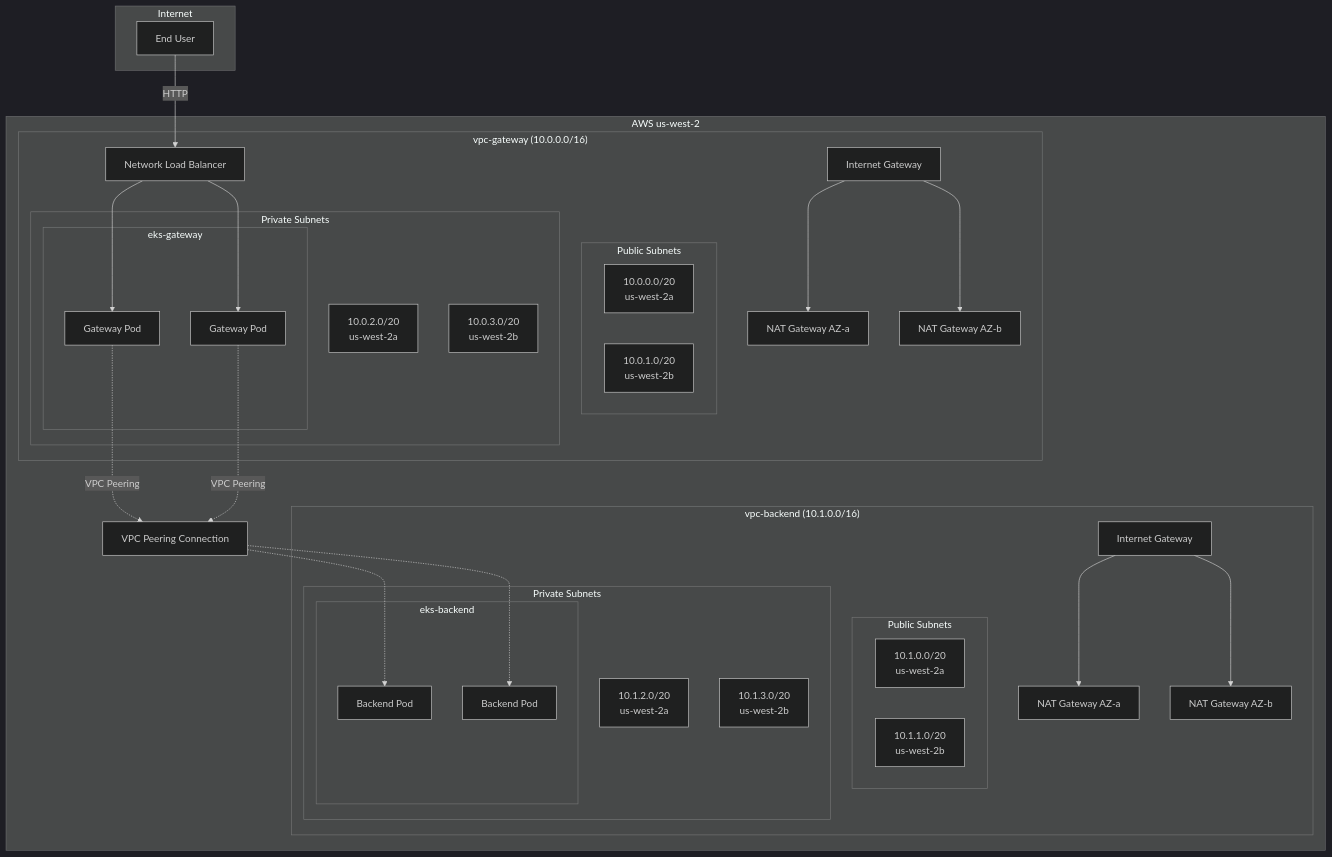
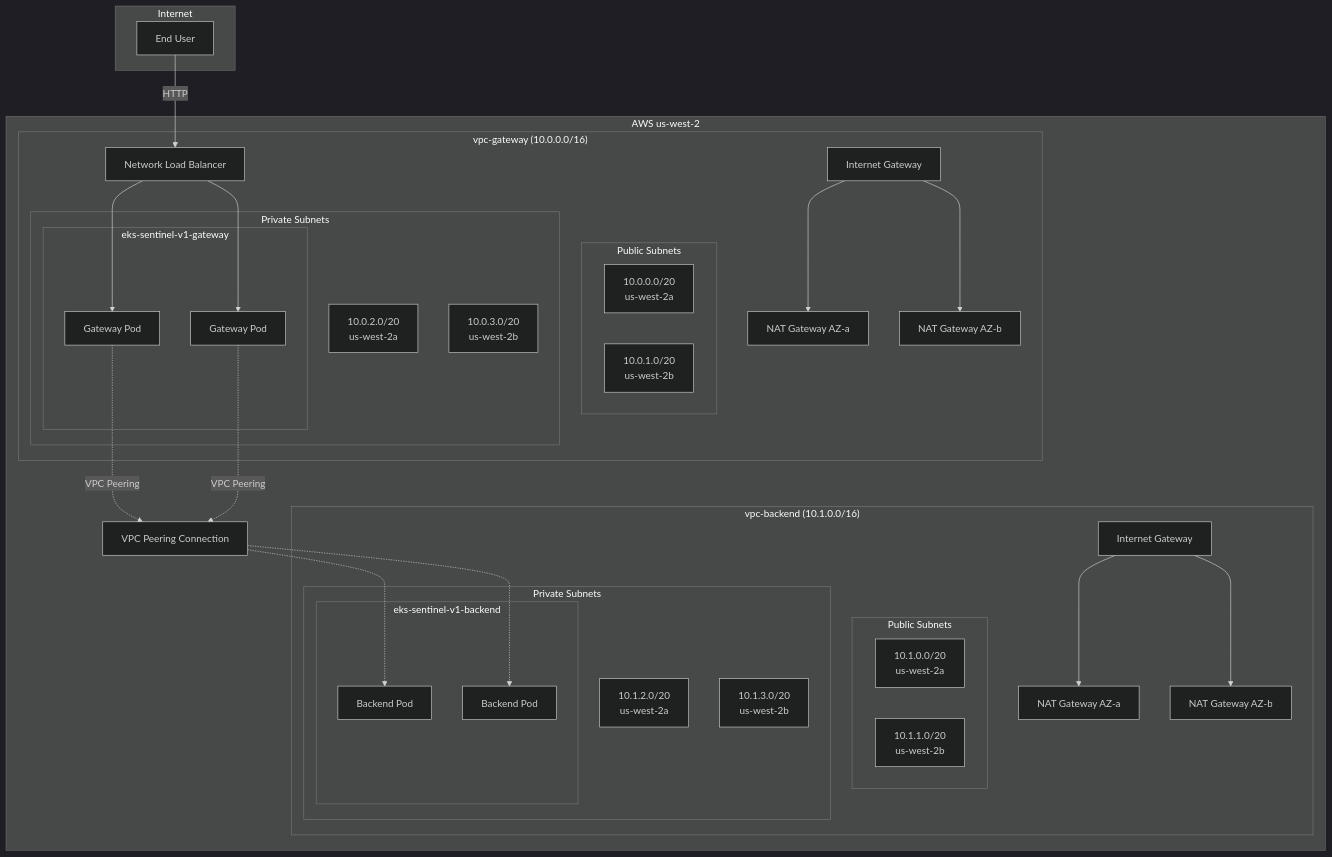
One commit to Imtiazwaraich/sentinel-split changed the first of 2 diagrams in ARCHITECTURE.md. Above: the diagram before and after it, drawn with Mermaid (dark theme). The commit also changed other lines of this file and 9 other files, not shown here.

````diff
--- a/ARCHITECTURE.md
+++ b/ARCHITECTURE.md
@@ -21,67 +21,67 @@
 ```mermaid
 graph TB
     subgraph Internet
         User[End User]
     end
     
     subgraph "AWS us-west-2"
         subgraph "vpc-gateway (10.0.0.0/16)"
             IGW1[Internet Gateway]
             NAT1a[NAT Gateway AZ-a]
             NAT1b[NAT Gateway AZ-b]
             
             subgraph "Public Subnets"
                 PubSub1a[10.0.0.0/20<br/>us-west-2a]
                 PubSub1b[10.0.1.0/20<br/>us-west-2b]
             end
             
             subgraph "Private Subnets"
                 PrivSub1a[10.0.2.0/20<br/>us-west-2a]
                 PrivSub1b[10.0.3.0/20<br/>us-west-2b]
                 
-                subgraph "eks-gateway"
+                subgraph "eks-sentinel-v1-gateway"
                     GWPod1[Gateway Pod]
                     GWPod2[Gateway Pod]
                 end
             end
             
             NLB[Network Load Balancer]
         end
         
         subgraph "vpc-backend (10.1.0.0/16)"
             IGW2[Internet Gateway]
             NAT2a[NAT Gateway AZ-a]
             NAT2b[NAT Gateway AZ-b]
             
             subgraph "Public Subnets "
                 PubSub2a[10.1.0.0/20<br/>us-west-2a]
                 PubSub2b[10.1.1.0/20<br/>us-west-2b]
             end
             
             subgraph "Private Subnets "
                 PrivSub2a[10.1.2.0/20<br/>us-west-2a]
                 PrivSub2b[10.1.3.0/20<br/>us-west-2b]
                 
-                subgraph "eks-backend"
+                subgraph "eks-sentinel-v1-backend"
                     BEPod1[Backend Pod]
                     BEPod2[Backend Pod]
                 end
             end
         end
         
         VPCPeer[VPC Peering Connection]
     end
     
     User -->|HTTP| NLB
     NLB --> GWPod1
     NLB --> GWPod2
     GWPod1 -.->|VPC Peering| VPCPeer
     GWPod2 -.->|VPC Peering| VPCPeer
     VPCPeer -.-> BEPod1
     VPCPeer -.-> BEPod2
     
     IGW1 --> NAT1a
     IGW1 --> NAT1b
     IGW2 --> NAT2a
     IGW2 --> NAT2b
 ```
````
